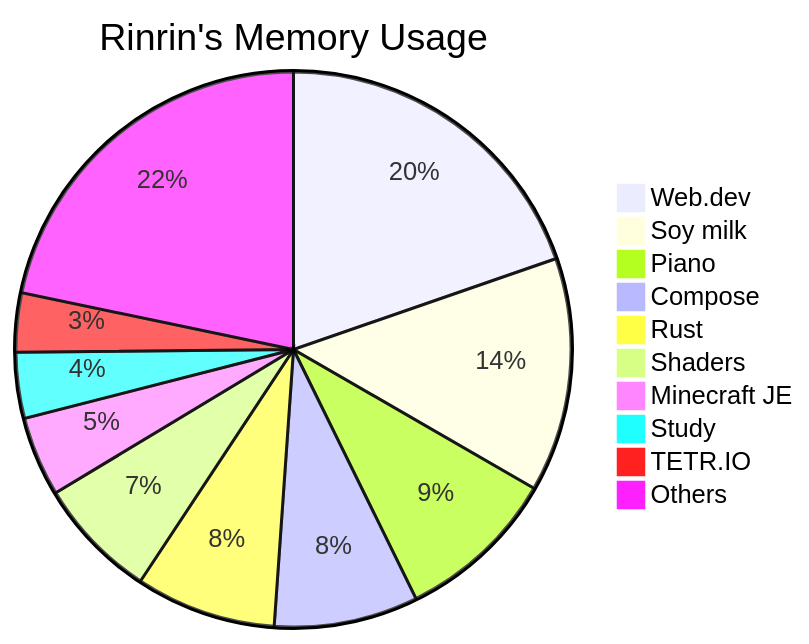
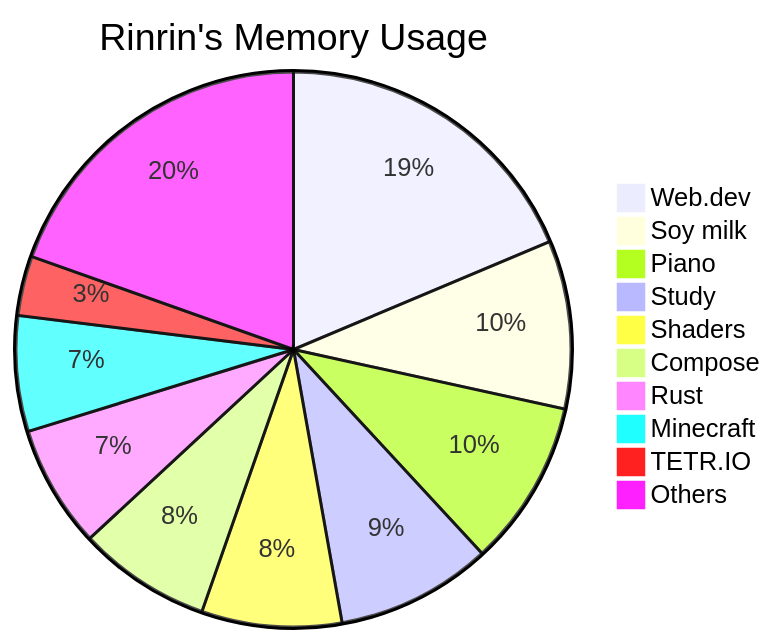
Before and after one commit to Rinrin0413/Rinrin0413: the diagram in README.md, drawn with Mermaid.

Commit message:
🛠 Update: Rinrin's Memory Usage

````diff
--- a/README.md
+++ b/README.md
@@ -76,13 +76,13 @@
 ```mermaid
 pie title Rinrin's Memory Usage
-    "Web.dev": 195
-    "Soy milk": 135
-    "Piano": 93
-    "Compose": 83
-    "Rust": 81
-    "Shaders": 70
-    "Minecraft JE": 46
-    "Study": 38
+    "Web.dev": 183
+    "Soy milk": 96
+    "Piano": 95
+    "Study": 89
+    "Shaders": 80
+    "Compose": 76
+    "Rust": 70
+    "Minecraft": 66
     "TETR.IO": 34
-    "Others": 215
+    "Others":192
 ```
````
